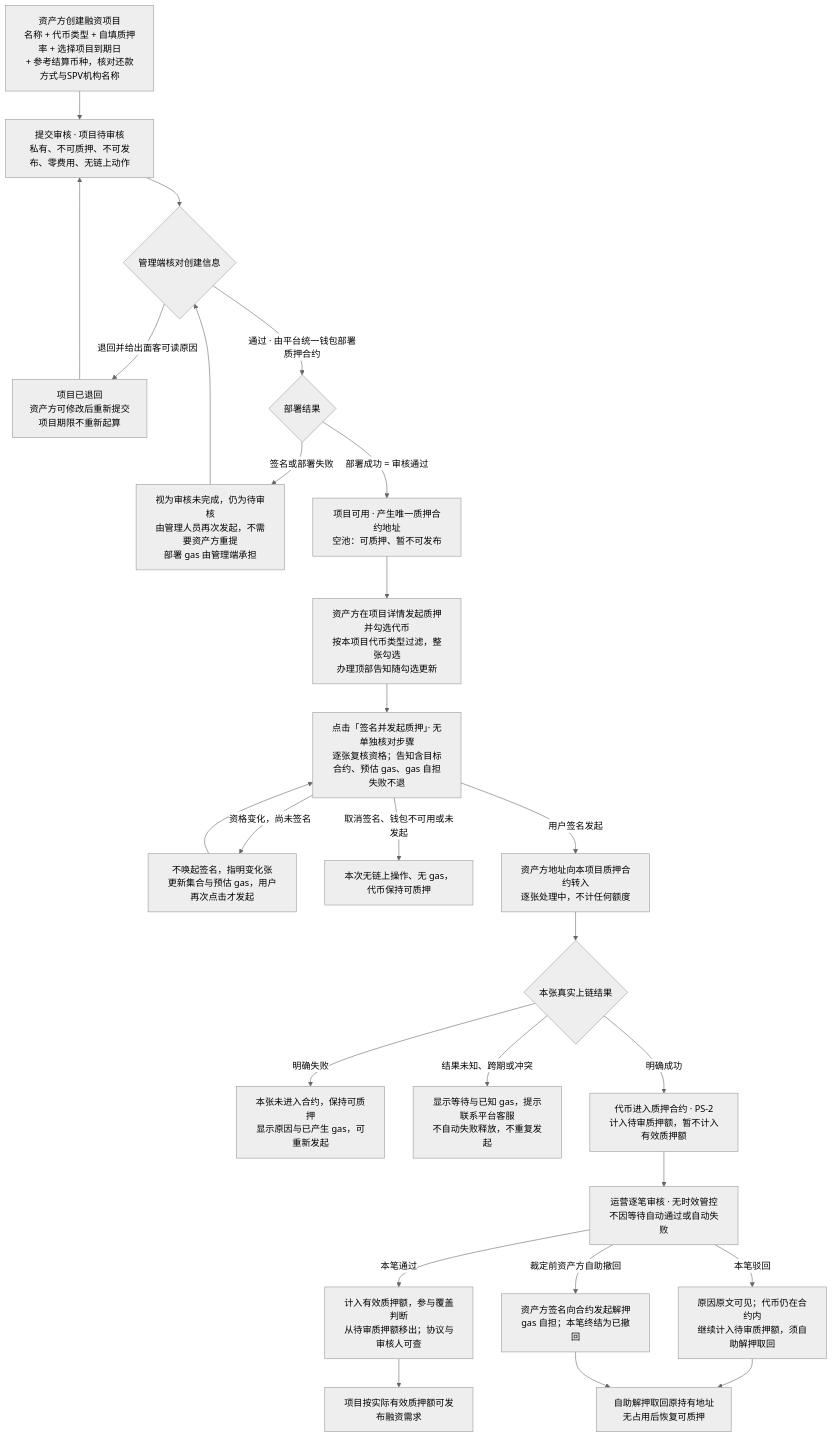
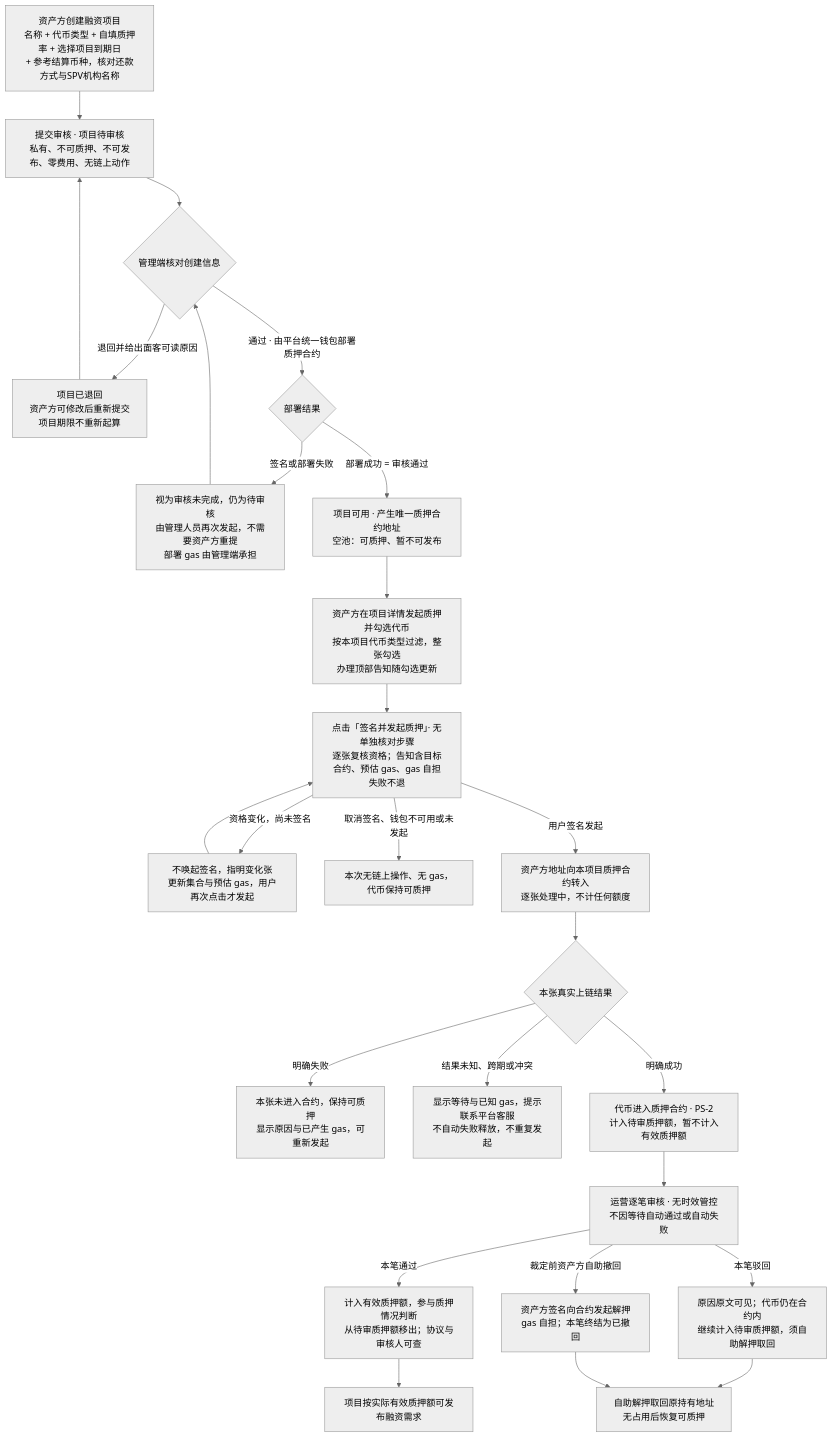
One commit to wxblockchain/Chain-Financing changed the first of 10 diagrams in lending-platform/PRD/面客端/05-借贷广场-融资需求与代币质押/02-融资需求与代币质押-流程图与状态机.md. Above: the diagram before and after it, drawn with Mermaid (neutral theme). The commit also changed other lines of this file and 20 other files, not shown here.

````diff
--- a/lending-platform/PRD/面客端/05-借贷广场-融资需求与代币质押/02-融资需求与代币质押-流程图与状态机.md
+++ b/lending-platform/PRD/面客端/05-借贷广场-融资需求与代币质押/02-融资需求与代币质押-流程图与状态机.md
@@ -32,28 +32,28 @@
 ```mermaid
 flowchart TD
   A0["资产方创建融资项目<br/>名称 + 代币类型 + 自填质押率 + 选择项目到期日<br/>+ 参考结算币种，核对还款方式与SPV机构名称"] --> A1["提交审核 · 项目待审核<br/>私有、不可质押、不可发布、零费用、无链上动作"]
   A1 --> A2{"管理端核对创建信息"}
   A2 -- "退回并给出面客可读原因" --> A3["项目已退回<br/>资产方可修改后重新提交<br/>项目期限不重新起算"]
   A3 --> A1
   A2 -- "通过 · 由平台统一钱包部署质押合约" --> A4{"部署结果"}
   A4 -- "签名或部署失败" --> A5["视为审核未完成，仍为待审核<br/>由管理人员再次发起，不需要资产方重提<br/>部署 gas 由管理端承担"]
   A5 --> A2
   A4 -- "部署成功 = 审核通过" --> A6["项目可用 · 产生唯一质押合约地址<br/>空池：可质押、暂不可发布"]
   A6 --> A["资产方在项目详情发起质押并勾选代币<br/>按本项目代币类型过滤，整张勾选<br/>办理顶部告知随勾选更新"]
   A --> H["点击「签名并发起质押」· 无单独核对步骤<br/>逐张复核资格；告知含目标合约、预估 gas、gas 自担失败不退"]
   H -- "资格变化，尚未签名" --> I["不唤起签名，指明变化张<br/>更新集合与预估 gas，用户再次点击才发起"]
   I --> H
   H -- "取消签名、钱包不可用或未发起" --> J["本次无链上操作、无 gas，代币保持可质押"]
   H -- "用户签名发起" --> K["资产方地址向本项目质押合约转入<br/>逐张处理中，不计任何额度"]
   K --> L{"本张真实上链结果"}
   L -- "明确失败" --> N["本张未进入合约，保持可质押<br/>显示原因与已产生 gas，可重新发起"]
   L -- "结果未知、跨期或冲突" --> O["显示等待与已知 gas，提示联系平台客服<br/>不自动失败释放，不重复发起"]
   L -- "明确成功" --> M["代币进入质押合约 · PS-2<br/>计入待审质押额，暂不计入有效质押额"]
   M --> C["运营逐笔审核 · 无时效管控<br/>不因等待自动通过或自动失败"]
-  C -- "本笔通过" --> P["计入有效质押额，参与覆盖判断<br/>从待审质押额移出；协议与审核人可查"]
+  C -- "本笔通过" --> P["计入有效质押额，参与质押情况判断<br/>从待审质押额移出；协议与审核人可查"]
   C -- "本笔驳回" --> Q["原因原文可见；代币仍在合约内<br/>继续计入待审质押额，须自助解押取回"]
   C -- "裁定前资产方自助撤回" --> R["资产方签名向合约发起解押<br/>gas 自担；本笔终结为已撤回"]
   Q --> S["自助解押取回原持有地址<br/>无占用后恢复可质押"]
   R --> S
   P --> T["项目按实际有效质押额可发布融资需求"]
 ```
````
